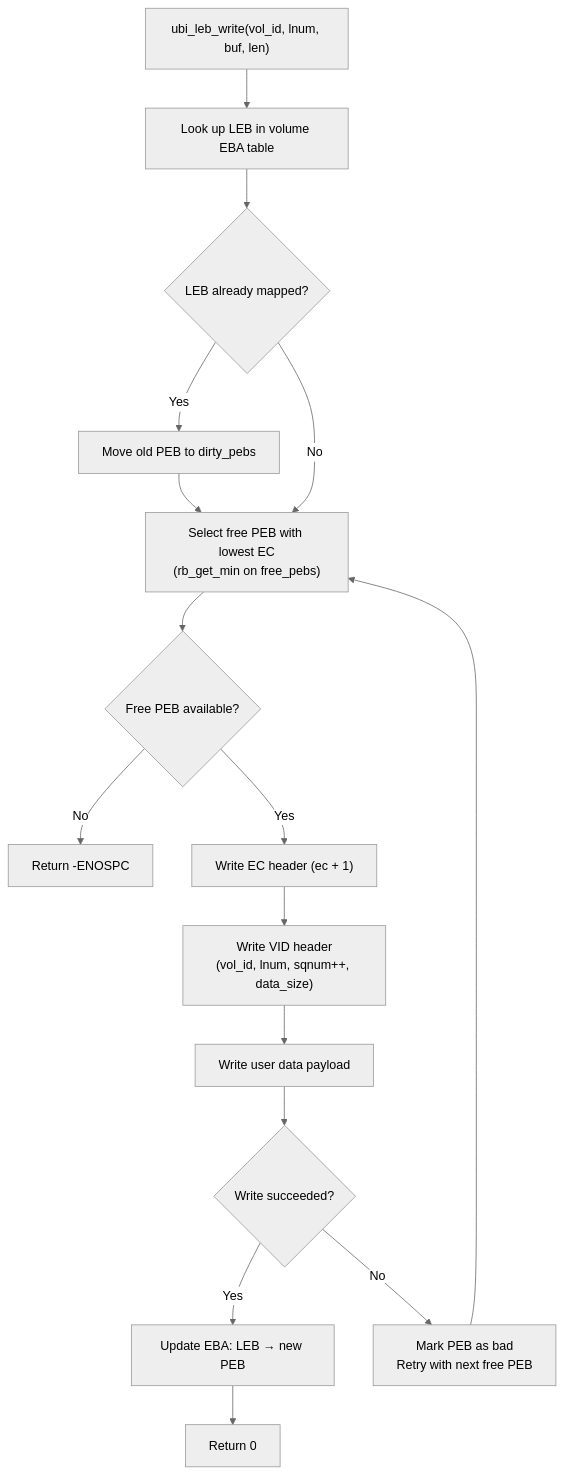
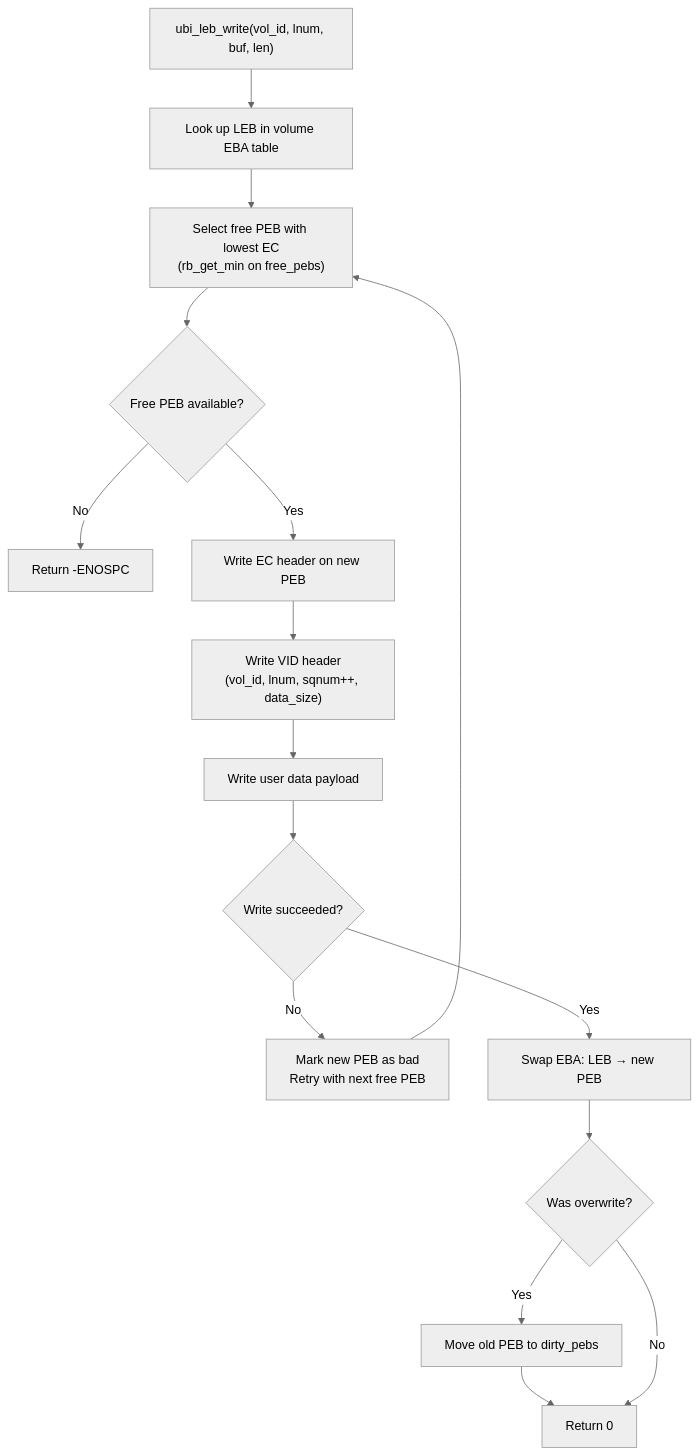
The second of 4 diagrams in doc/architecture.md (kamil-kielbasa/ubi), drawn with Mermaid (neutral theme) before and after one commit. The commit also changed other lines of this file and 25 other files, not shown here.

````diff
--- a/doc/architecture.md
+++ b/doc/architecture.md
@@ -566,26 +570,26 @@
 ```mermaid
 flowchart TD
     Start["ubi_leb_write(vol_id, lnum, buf, len)"]
     Lookup["Look up LEB in volume EBA table"]
-    Mapped{"LEB already mapped?"}
-    OldDirty["Move old PEB to dirty_pebs"]
     SelectFree["Select free PEB with lowest EC\n(rb_get_min on free_pebs)"]
     NoFree{"Free PEB available?"}
     ErrNospc["Return -ENOSPC"]
-    WriteEC["Write EC header (ec + 1)"]
+    WriteEC["Write EC header on new PEB"]
     WriteVID["Write VID header\n(vol_id, lnum, sqnum++, data_size)"]
     WriteData["Write user data payload"]
     WriteFail{"Write succeeded?"}
-    MarkBad["Mark PEB as bad\nRetry with next free PEB"]
-    UpdateEBA["Update EBA: LEB → new PEB"]
+    MarkBad["Mark new PEB as bad\nRetry with next free PEB"]
+    SwapEBA["Swap EBA: LEB → new PEB"]
+    WasOverwrite{"Was overwrite?"}
+    OldDirty["Move old PEB to dirty_pebs"]
     Done["Return 0"]
 
-    Start --> Lookup --> Mapped
-    Mapped -- Yes --> OldDirty --> SelectFree
-    Mapped -- No --> SelectFree
+    Start --> Lookup --> SelectFree
     SelectFree --> NoFree
     NoFree -- No --> ErrNospc
     NoFree -- Yes --> WriteEC --> WriteVID --> WriteData --> WriteFail
-    WriteFail -- Yes --> UpdateEBA --> Done
     WriteFail -- No --> MarkBad --> SelectFree
+    WriteFail -- Yes --> SwapEBA --> WasOverwrite
+    WasOverwrite -- Yes --> OldDirty --> Done
+    WasOverwrite -- No --> Done
 ```
````
